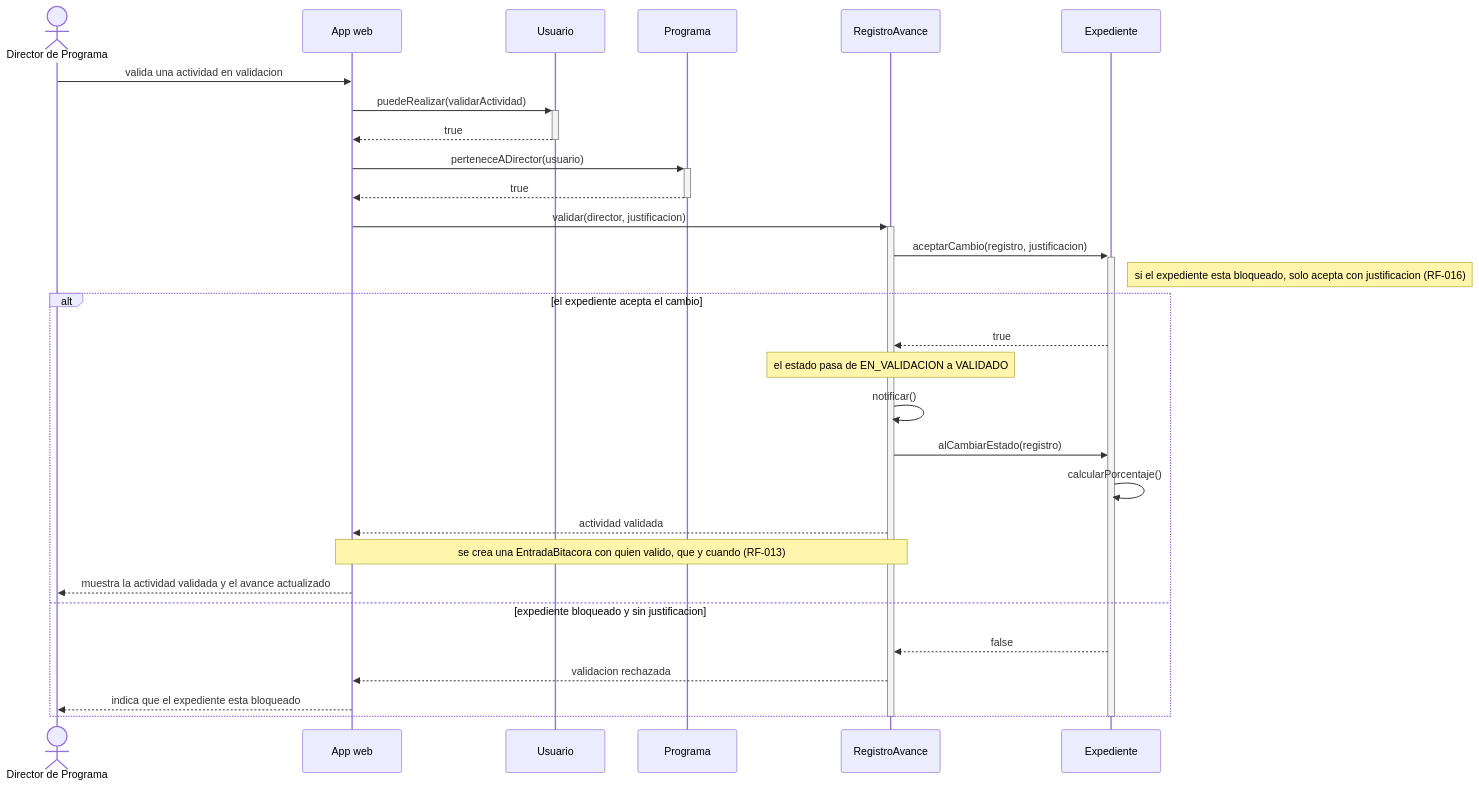
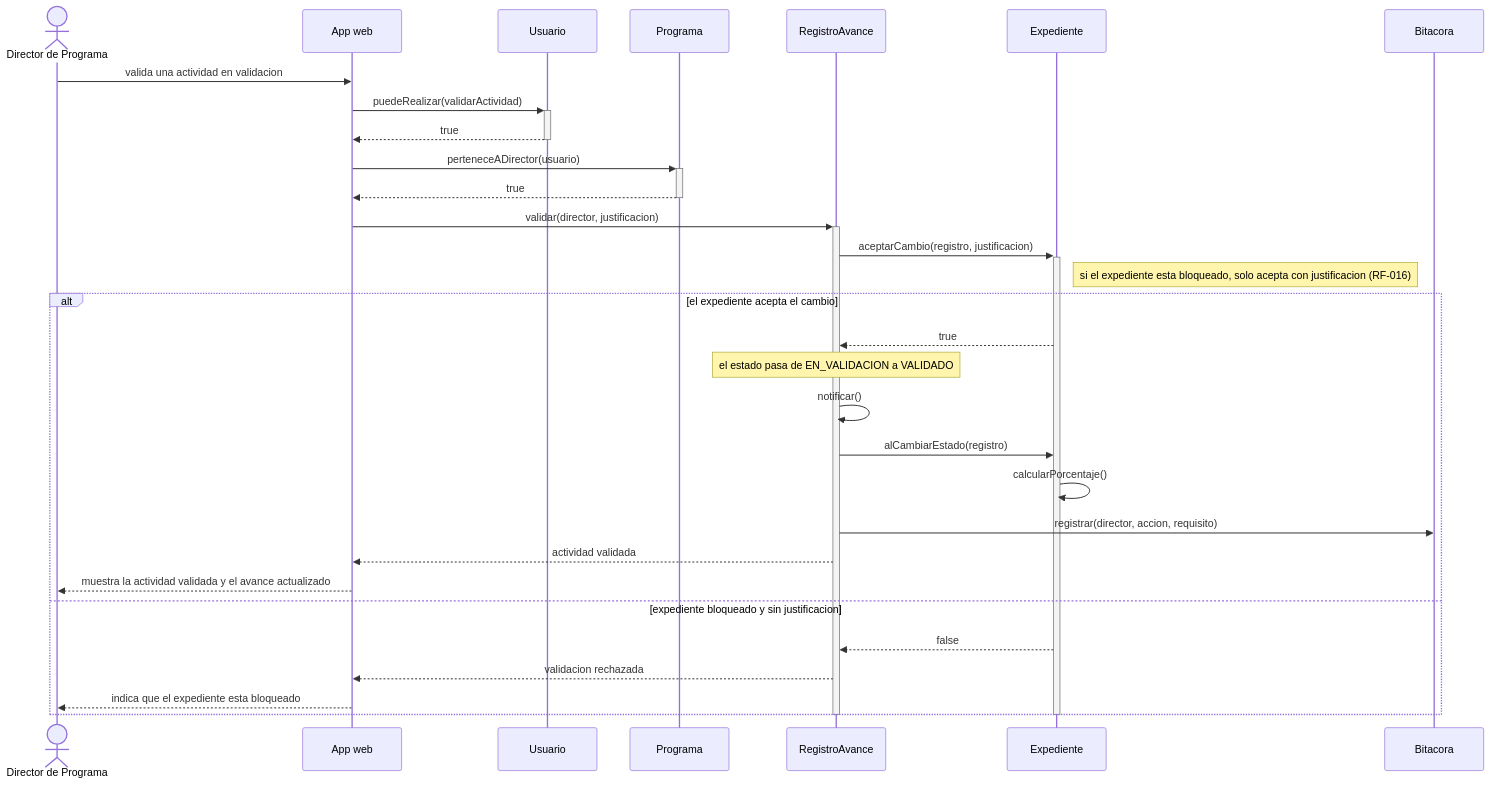
Before and after one commit to Victorflores06/PLEAS-Tracker-: the diagram in docs/arch/diagrama-secuencia-cu04.md, drawn with Mermaid.

Commit message:
Add Bitacora participant and logging action

````diff
--- a/docs/arch/diagrama-secuencia-cu04.md
+++ b/docs/arch/diagrama-secuencia-cu04.md
@@ -3,39 +3,40 @@
 ```mermaid
 sequenceDiagram
     %% El Director de Programa valida una actividad de un alumno
     %% Trazabilidad: CU-04, RF-002, RF-008, RF-009, RF-011, RF-013, RF-016
 
     actor Dir as Director de Programa
     participant Web as App web
     participant Usr as Usuario
     participant Prog as Programa
     participant Reg as RegistroAvance
     participant Exp as Expediente
+    participant Bit as Bitacora
 
     Dir->>Web: valida una actividad en validacion
     Web->>+Usr: puedeRealizar(validarActividad)
     Usr-->>-Web: true
     Web->>+Prog: perteneceADirector(usuario)
     Prog-->>-Web: true
 
     Web->>+Reg: validar(director, justificacion)
     Reg->>+Exp: aceptarCambio(registro, justificacion)
     Note right of Exp: si el expediente esta bloqueado, solo acepta con justificacion (RF-016)
 
     alt el expediente acepta el cambio
         Exp-->>Reg: true
         Note over Reg: el estado pasa de EN_VALIDACION a VALIDADO
         Reg->>Reg: notificar()
         Reg->>Exp: alCambiarEstado(registro)
         Exp->>Exp: calcularPorcentaje()
+        Reg->>Bit: registrar(director, accion, requisito)
         Reg-->>Web: actividad validada
-        Note over Web,Reg: se crea una EntradaBitacora con quien valido, que y cuando (RF-013)
         Web-->>Dir: muestra la actividad validada y el avance actualizado
     else expediente bloqueado y sin justificacion
         Exp-->>Reg: false
         Reg-->>Web: validacion rechazada
         Web-->>Dir: indica que el expediente esta bloqueado
     end
     deactivate Exp
     deactivate Reg
 ```
````
